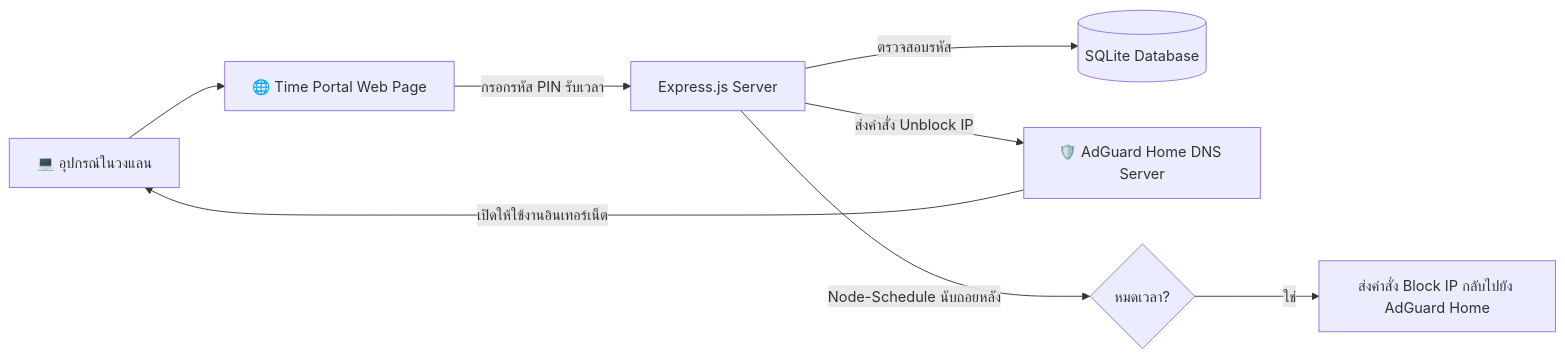
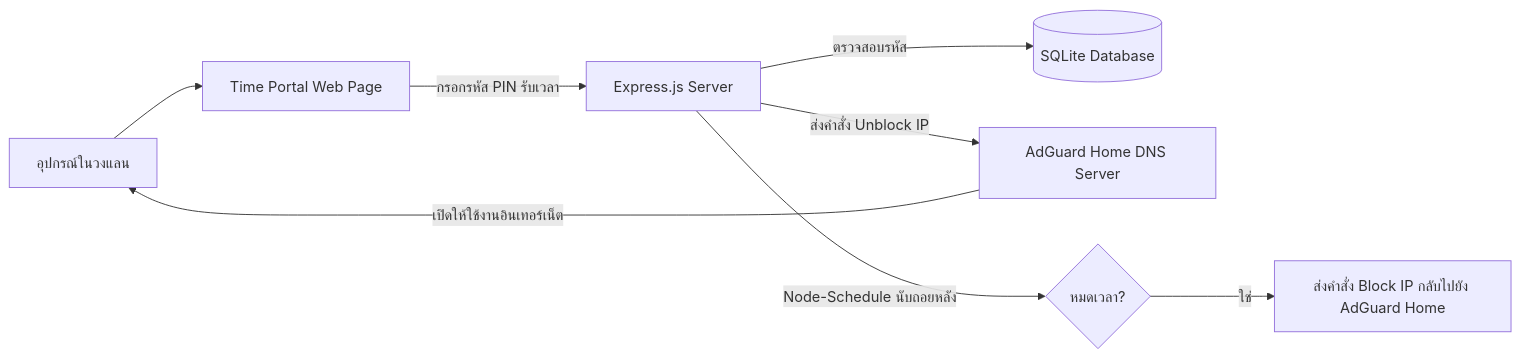
Before and after one commit to FANG9356/MyProject: the seventh of 9 diagrams in README.md, drawn with Mermaid. The commit also changed other lines of this file and 47 other files, not shown here.

````diff
--- a/README.md
+++ b/README.md
@@ -337,10 +337,10 @@
 ```mermaid
 flowchart LR
-    A[💻 อุปกรณ์ในวงแลน] --> B[🌐 Time Portal Web Page]
-    B -->|กรอกรหัส PIN รับเวลา| C[Express.js Server]
-    C -->|ตรวจสอบรหัส| D[(SQLite Database)]
-    C -->|ส่งคำสั่ง Unblock IP| E[🛡️ AdGuard Home DNS Server]
-    E -->|เปิดให้ใช้งานอินเทอร์เน็ต| A
-    C -->|Node-Schedule นับถอยหลัง| F{หมดเวลา?}
-    F -->|ใช่| G[ส่งคำสั่ง Block IP กลับไปยัง AdGuard Home]
+ A[อุปกรณ์ในวงแลน] --> B[Time Portal Web Page]
+ B -->|กรอกรหัส PIN รับเวลา| C[Express.js Server]
+ C -->|ตรวจสอบรหัส| D[(SQLite Database)]
+ C -->|ส่งคำสั่ง Unblock IP| E[AdGuard Home DNS Server]
+ E -->|เปิดให้ใช้งานอินเทอร์เน็ต| A
+ C -->|Node-Schedule นับถอยหลัง| F{หมดเวลา?}
+ F -->|ใช่| G[ส่งคำสั่ง Block IP กลับไปยัง AdGuard Home]
 ```
````
